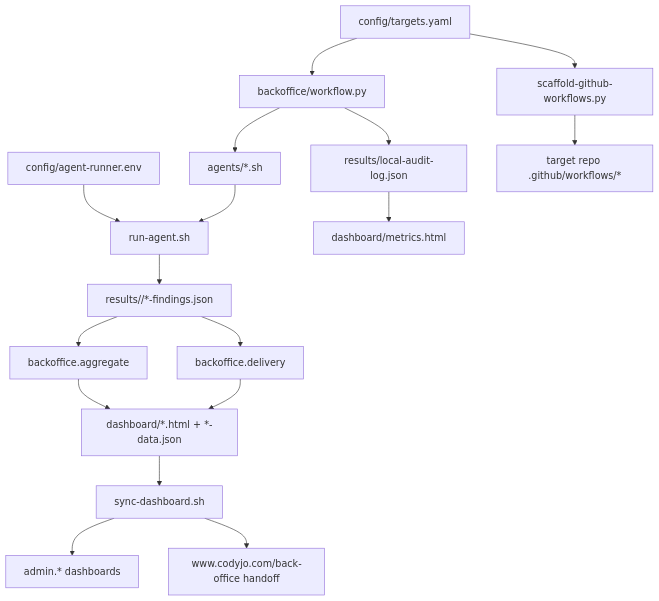
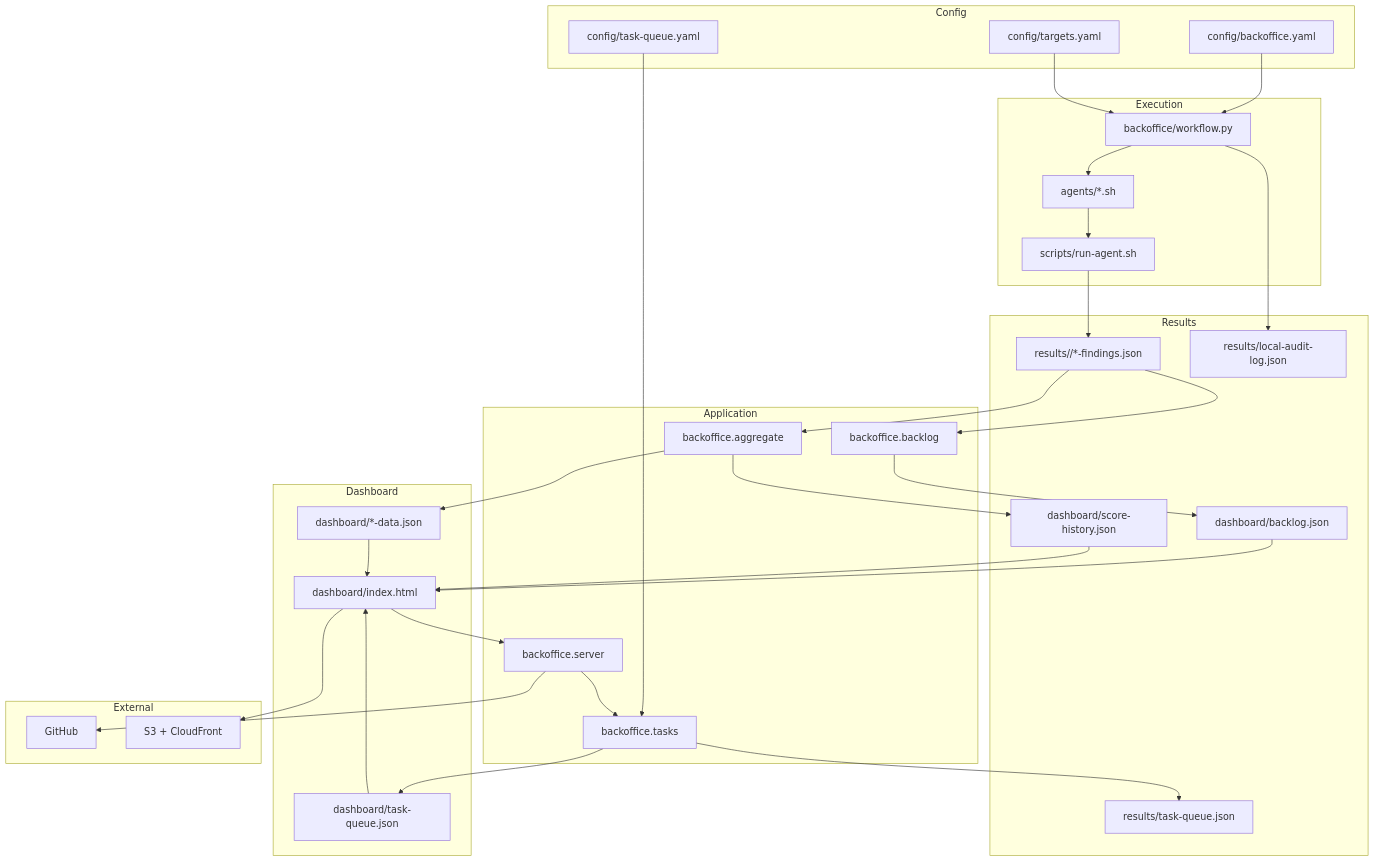
The first of 11 diagrams in docs/WORKFLOW-ARCHITECTURE.md (CodyJo/qa-department), drawn with Mermaid before and after one commit. The commit also changed other lines of this file and 3 other files, not shown here.

Commit message:
docs: refresh approval workflow and architecture

````diff
--- a/docs/WORKFLOW-ARCHITECTURE.md
+++ b/docs/WORKFLOW-ARCHITECTURE.md
@@ -12,19 +56,63 @@
 ```mermaid
 flowchart TD
-    A[config/targets.yaml] --> B[backoffice/workflow.py]
-    N[config/agent-runner.env] --> E
-    A --> C[scaffold-github-workflows.py]
-    B --> D[agents/*.sh]
-    D --> E[run-agent.sh]
-    E --> F[results/<repo>/*-findings.json]
-    F --> G[backoffice.aggregate]
-    F --> H[backoffice.delivery]
-    G --> I[dashboard/*.html + *-data.json]
-    H --> I
-    B --> O[results/local-audit-log.json]
-    O --> P[dashboard/metrics.html]
-    I --> J[sync-dashboard.sh]
-    J --> K[admin.* dashboards]
-    J --> L[www.codyjo.com/back-office handoff]
-    C --> M[target repo .github/workflows/*]
+    subgraph Config
+        CFG1[config/backoffice.yaml]
+        CFG2[config/targets.yaml]
+        CFG3[config/task-queue.yaml]
+    end
+
+    subgraph Execution
+        WF[backoffice/workflow.py]
+        AGENTS[agents/*.sh]
+        RUNNER[scripts/run-agent.sh]
+    end
+
+    subgraph Results
+        RAW[results/<repo>/*-findings.json]
+        LOGS[results/local-audit-log.json]
+        BACKLOG[dashboard/backlog.json]
+        HISTORY[dashboard/score-history.json]
+        QUEUEJSON[results/task-queue.json]
+    end
+
+    subgraph Application
+        AGG[backoffice.aggregate]
+        BL[backoffice.backlog]
+        TASKS[backoffice.tasks]
+        SERVER[backoffice.server]
+    end
+
+    subgraph Dashboard
+        UI[dashboard/index.html]
+        DEPT[dashboard/*-data.json]
+        QUEUEDASH[dashboard/task-queue.json]
+    end
+
+    subgraph External
+        GH[GitHub]
+        AWS[S3 + CloudFront]
+    end
+
+    CFG1 --> WF
+    CFG2 --> WF
+    WF --> AGENTS
+    AGENTS --> RUNNER
+    RUNNER --> RAW
+    RAW --> AGG
+    RAW --> BL
+    BL --> BACKLOG
+    AGG --> DEPT
+    AGG --> HISTORY
+    WF --> LOGS
+    CFG3 --> TASKS
+    TASKS --> QUEUEJSON
+    TASKS --> QUEUEDASH
+    UI --> SERVER
+    SERVER --> TASKS
+    SERVER --> GH
+    DEPT --> UI
+    BACKLOG --> UI
+    HISTORY --> UI
+    QUEUEDASH --> UI
+    UI --> AWS
 ```
````
